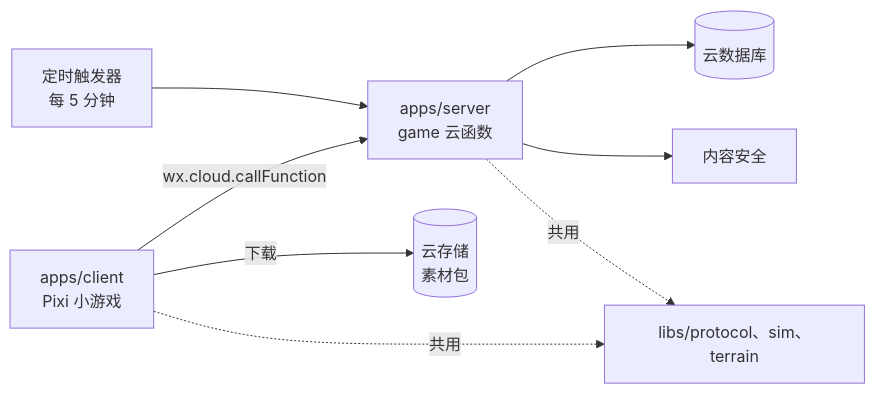
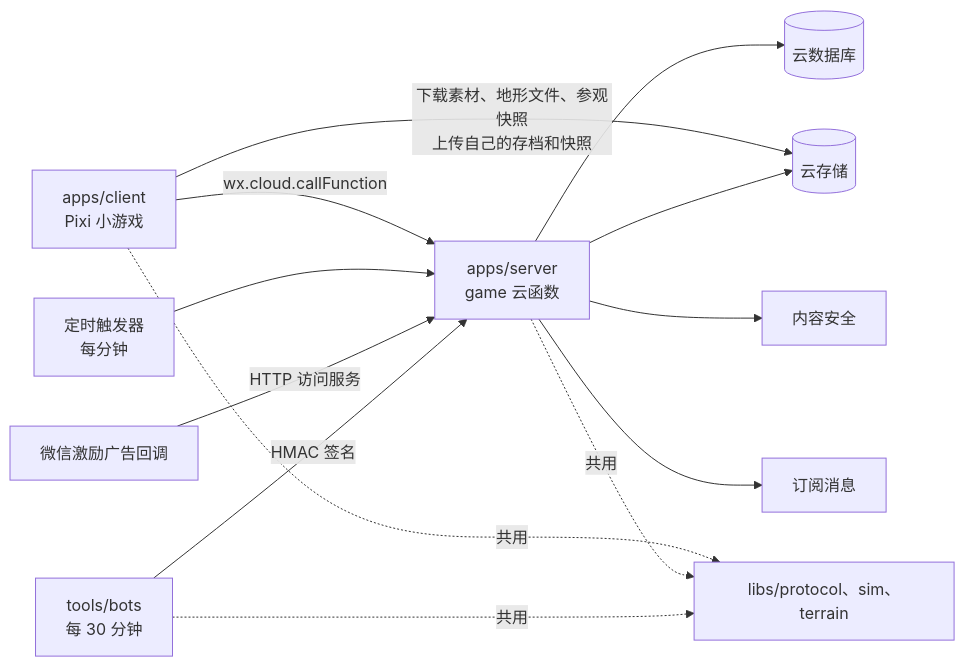
One commit to juanchaopan/city-link changed the second of 9 diagrams in docs/architecture/overview.md. Above: the diagram before and after it, drawn with Mermaid. The commit also changed other lines of this file and 6 other files, not shown here.

Commit message:
docs(architecture): 架构概览和 ADR 按设计稿同步 (#21)

````diff
--- a/docs/architecture/overview.md
+++ b/docs/architecture/overview.md
@@ -60,10 +69,15 @@
 ```mermaid
 flowchart LR
   client[apps/client<br/>Pixi 小游戏] -->|wx.cloud.callFunction| game[apps/server<br/>game 云函数]
-  client -->|下载| storage[(云存储<br/>素材包)]
-  timer[定时触发器<br/>每 5 分钟] --> game
+  client -->|下载素材、地形文件、参观快照<br/>上传自己的存档和快照| storage[(云存储)]
+  timer[定时触发器<br/>每分钟] --> game
+  adcb[微信激励广告回调] -->|HTTP 访问服务| game
+  bots[tools/bots<br/>每 30 分钟] -->|HMAC 签名| game
   game --> db[(云数据库)]
+  game --> storage
   game --> security[内容安全]
+  game --> notify[订阅消息]
   client -.共用.-> libs[libs/protocol、sim、terrain]
   game -.共用.-> libs
+  bots -.共用.-> libs
 ```
````
